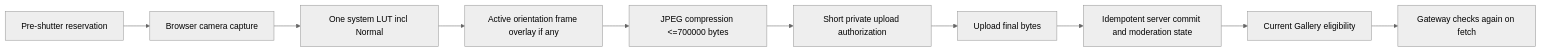
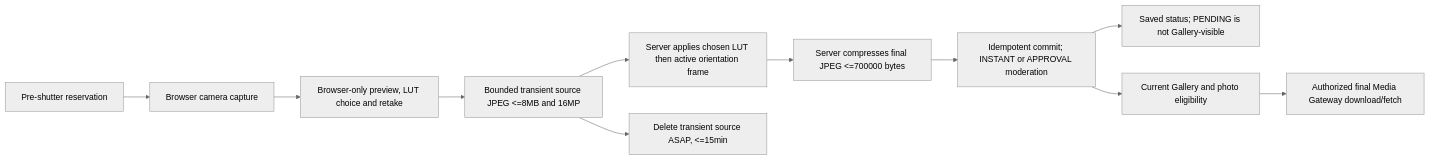
One commit to JAR-FIS/Kepotret changed the fourth of 5 diagrams in docs/reviews/FE-PRODUCT-V0-6/CHANGE_ADDENDUM.md. Above: the diagram before and after it, drawn with Mermaid (neutral theme). The commit also changed other lines of this file, not shown here.

````diff
--- a/docs/reviews/FE-PRODUCT-V0-6/CHANGE_ADDENDUM.md
+++ b/docs/reviews/FE-PRODUCT-V0-6/CHANGE_ADDENDUM.md
@@ -158,12 +172,13 @@
 ```mermaid
 flowchart LR
   Reserve[Pre-shutter reservation] --> Capture[Browser camera capture]
-  Capture --> LUT[One system LUT incl Normal]
-  LUT --> Frame[Active orientation frame overlay if any]
-  Frame --> Compress[JPEG compression <=700000 bytes]
-  Compress --> Authorize[Short private upload authorization]
-  Authorize --> PUT[Upload final bytes]
-  PUT --> Commit[Idempotent server commit and moderation state]
-  Commit --> Gate[Current Gallery eligibility]
-  Gate --> Media[Gateway checks again on fetch]
+  Capture --> Preview[Browser-only preview, LUT choice and retake]
+  Preview --> Ingest[Bounded transient source JPEG <=8MB and 16MP]
+  Ingest --> Server[Server applies chosen LUT then active orientation frame]
+  Server --> Compress[Server compresses final JPEG <=700000 bytes]
+  Compress --> Commit[Idempotent commit; INSTANT or APPROVAL moderation]
+  Commit --> Success[Saved status; PENDING is not Gallery-visible]
+  Commit --> Gate[Current Gallery and photo eligibility]
+  Gate --> Media[Authorized final Media Gateway download/fetch]
+  Ingest --> Cleanup[Delete transient source ASAP, <=15min]
 ```
````
